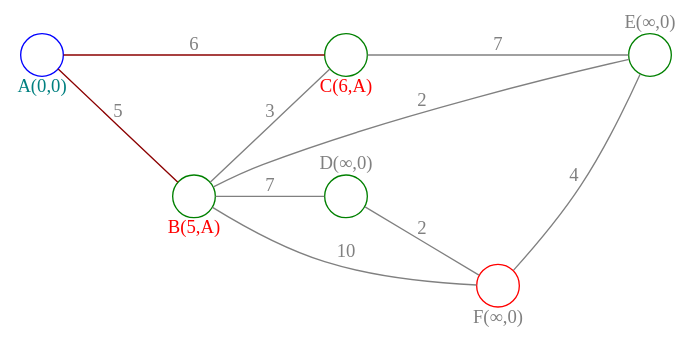
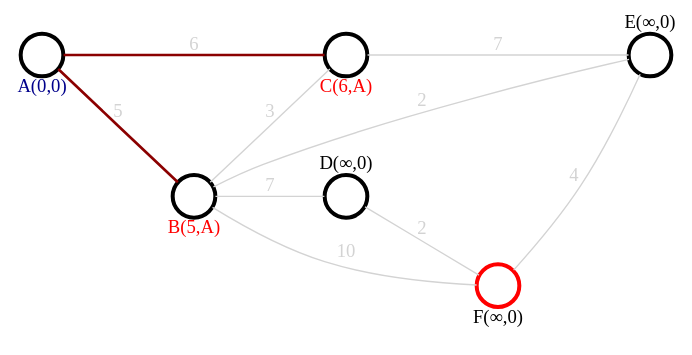
Before and after one commit to dgudim2/obsidian_vault: the second of 6 diagrams in uni/Discrete math/Graphs/Graphs - shortest path.md, drawn with Graphviz. The commit also changed other lines of this file and 20 other files, not shown here.

````diff
--- a/uni/Discrete math/Graphs/Graphs - shortest path.md
+++ b/uni/Discrete math/Graphs/Graphs - shortest path.md
@@ -116,43 +117,44 @@
 ```dot 
 graph neato { 
 
 bgcolor="transparent" 
 
 rankdir="LR"
 
 graph [layout = dot, ranksep=1,nodesep=.5] 
 
 subgraph cluster_space {
 	graph [peripheries=0]
 	
 	node [shape = circle, 
 	      style = filled, 
 	      width=0.45, 
 	      height=0.45, 
-	      color=green, 
-	      fillcolor = white, 
-	      fontcolor=grey,
-	      fixedsize=true] 
+	      color=darkyellow, 
+	      fillcolor=white, 
+	      fontcolor=brightwhite,
+	      fixedsize=true,
+	      penwidth=3] 
 	
-	a [label="\n\n\nA(0,0)",color=blue,fontcolor=teal]
+	a [label="\n\n\nA(0,0)",color=darkaqua,fontcolor=darkblue]
 	b [label="\n\n\nB(5,A)",fontcolor=red]
 	c [label="\n\n\nC(6,A)",fontcolor=red]
 	d [label="D(∞,0)\n\n\n\n"]
 	e [label="E(∞,0)\n\n\n\n"]
 	f [label="\n\n\nF(∞,0)",color=red]
 	
-	edge [color = grey, fontcolor=grey] 
+	edge [color=lightgray, fontcolor=lightgray] 
 	
-	a -- b [label="5",weight=5,color=darkred]
-	a -- c [label="6",weight=6,color=darkred]
+	a -- b [label="5",weight=5,color=darkred,penwidth=2]
+	a -- c [label="6",weight=6,color=darkred,penwidth=2]
 	b -- e [label="2",weight=2]
 	b -- f [label="10",weight=10]
 	b -- c [label="3",weight=3]
 	b -- d [label="7",weight=7]
 	c -- e [label="7",weight=7]
 	d -- f [label="2",weight=2]
 	f -- e [label="4",weight=4]
 	
 	}
 } 
 ```
````
